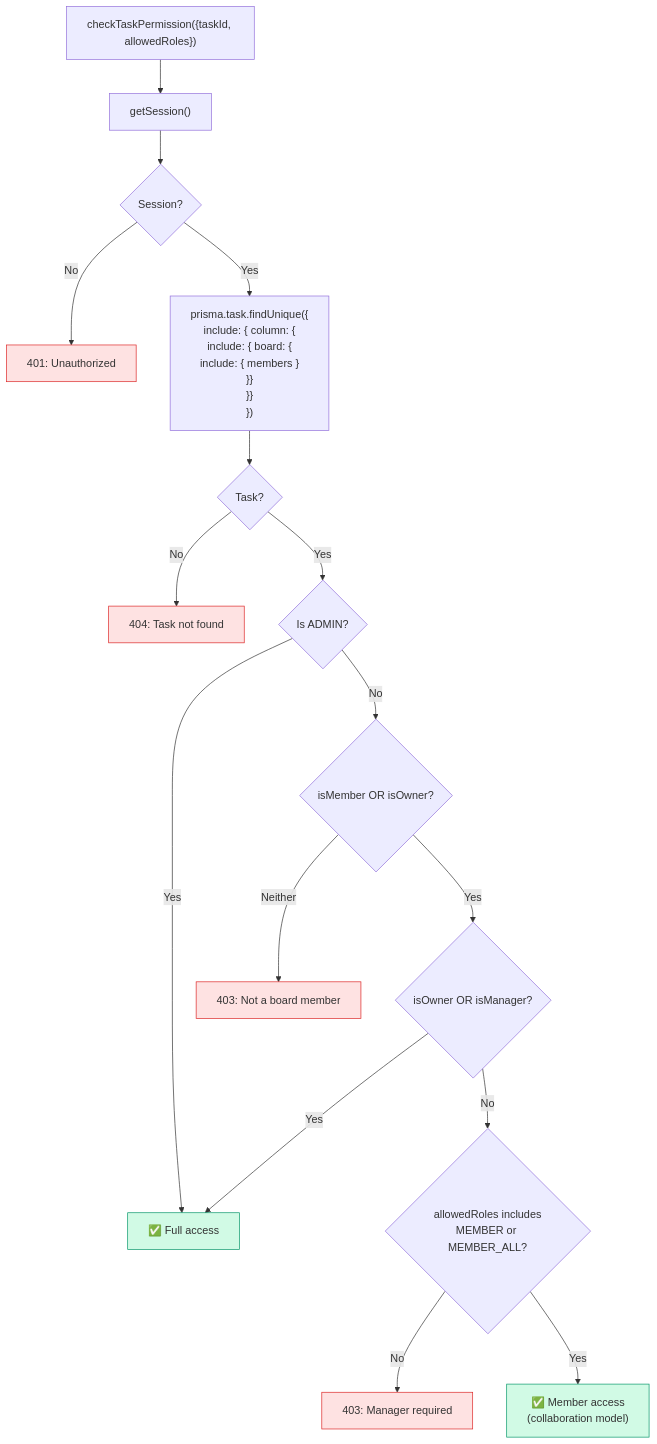
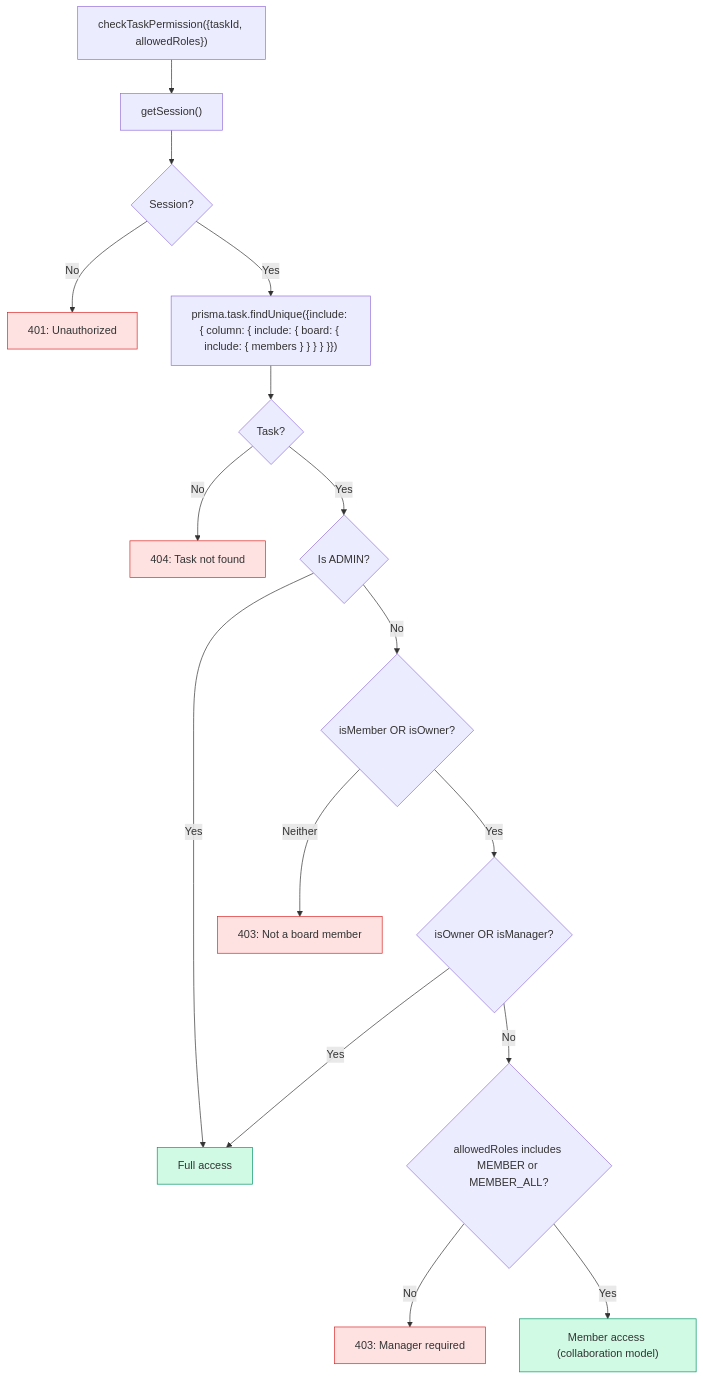
One commit to asefahmed500/Smart-Task-App_IIT_DU_Final_Project changed the fourth of 7 diagrams in docs/03-rbac-and-permissions.md. Above: the diagram before and after it, drawn with Mermaid. The commit also changed other lines of this file and 8 other files, not shown here.

Commit message:
fix: remove br tags from mermaid diagrams for GitHub rendering

````diff
--- a/docs/03-rbac-and-permissions.md
+++ b/docs/03-rbac-and-permissions.md
@@ -197,25 +197,25 @@
 ```mermaid
 flowchart TD
     START["checkTaskPermission({taskId, allowedRoles})"] --> SESSION["getSession()"]
     SESSION --> NO_SESSION{"Session?"}
     NO_SESSION -->|No| ERR["401: Unauthorized"]
-    NO_SESSION -->|Yes| FIND["prisma.task.findUnique({<br/>  include: { column: {<br/>    include: { board: {<br/>      include: { members }<br/>    }}<br/>  }}<br/>})"]
+    NO_SESSION -->|Yes| FIND["prisma.task.findUnique({include: { column: { include: { board: { include: { members } } } } }})"]
     FIND --> NOT_FOUND{"Task?"}
     NOT_FOUND -->|No| ERR_404["404: Task not found"]
     NOT_FOUND -->|Yes| ADMIN{"Is ADMIN?"}
-    ADMIN -->|Yes| ALLOW["✅ Full access"]
+    ADMIN -->|Yes| ALLOW["Full access"]
     ADMIN -->|No| MEMBER_CHECK{"isMember OR isOwner?"}
     MEMBER_CHECK -->|Neither| ERR_403["403: Not a board member"]
     MEMBER_CHECK -->|Yes| OWNER_MGR{"isOwner OR isManager?"}
     OWNER_MGR -->|Yes| ALLOW
-    OWNER_MGR -->|No| ROLE_CHECK{"allowedRoles includes<br/>MEMBER or MEMBER_ALL?"}
+    OWNER_MGR -->|No| ROLE_CHECK{"allowedRoles includes MEMBER or MEMBER_ALL?"}
     ROLE_CHECK -->|No| ERR_MGR["403: Manager required"]
-    ROLE_CHECK -->|Yes| ALLOW_MEM["✅ Member access<br/>(collaboration model)"]
+    ROLE_CHECK -->|Yes| ALLOW_MEM["Member access (collaboration model)"]
 
     style ALLOW fill:#d1fae5,stroke:#059669
     style ALLOW_MEM fill:#d1fae5,stroke:#059669
     style ERR fill:#fee2e2,stroke:#dc2626
     style ERR_404 fill:#fee2e2,stroke:#dc2626
     style ERR_403 fill:#fee2e2,stroke:#dc2626
     style ERR_MGR fill:#fee2e2,stroke:#dc2626
 ```
````
